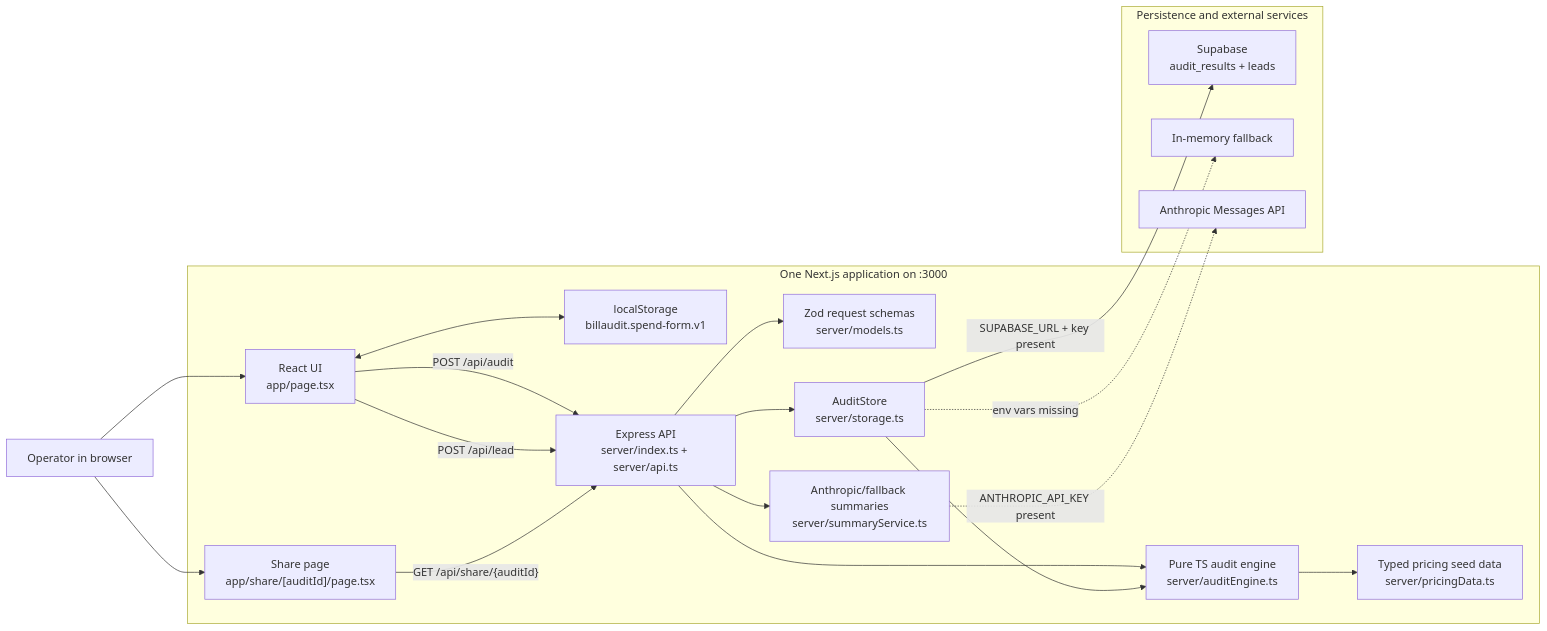
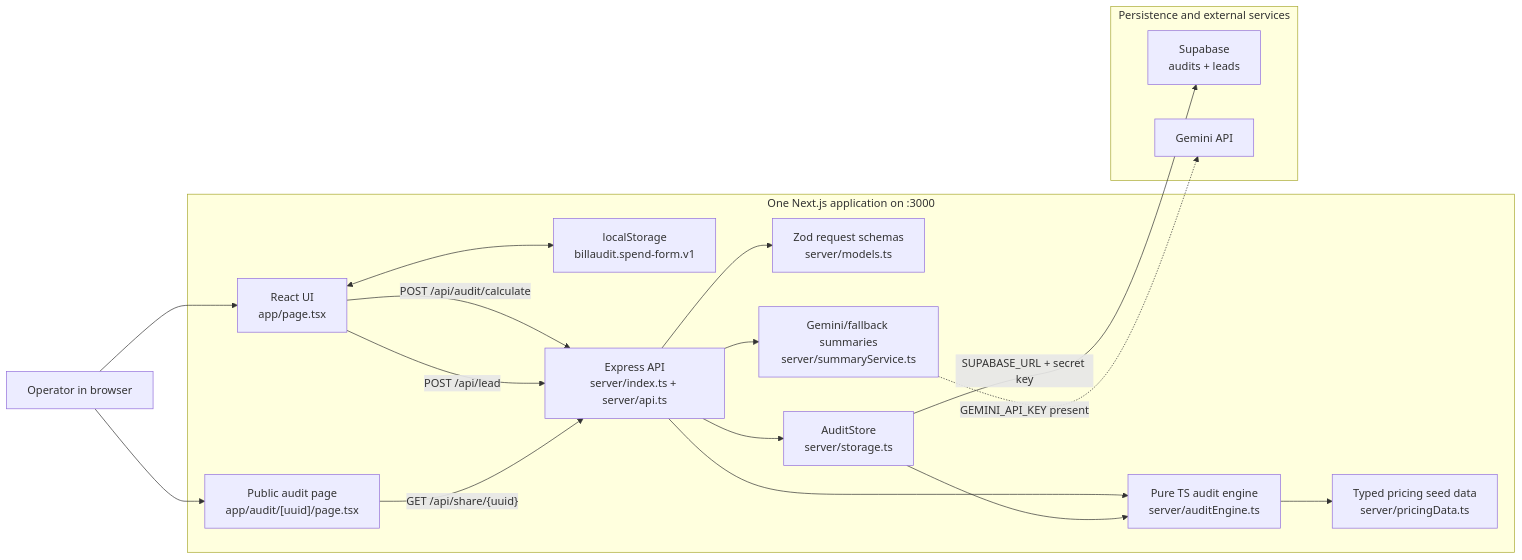
One commit to Feynmunh/BillAudit.ai changed the diagram in docs/ARCHITECTURE.md. Above: the diagram before and after it, drawn with Mermaid. The commit also changed other lines of this file and 25 other files, not shown here.

First line of the commit message:
Add public audit page, OG image, Gemini

````diff
--- a/docs/ARCHITECTURE.md
+++ b/docs/ARCHITECTURE.md
@@ -7,38 +7,36 @@
 ```mermaid
 flowchart LR
     User["Operator in browser"]
 
     subgraph App["One Next.js application on :3000"]
         ReactUI["React UI<br/>app/page.tsx"]
-        ShareUI["Share page<br/>app/share/[auditId]/page.tsx"]
+        ShareUI["Public audit page<br/>app/audit/[uuid]/page.tsx"]
         LocalDraft["localStorage<br/>billaudit.spend-form.v1"]
         Express["Express API<br/>server/index.ts + server/api.ts"]
         Engine["Pure TS audit engine<br/>server/auditEngine.ts"]
         Pricing["Typed pricing seed data<br/>server/pricingData.ts"]
         Schemas["Zod request schemas<br/>server/models.ts"]
-        Summary["Anthropic/fallback summaries<br/>server/summaryService.ts"]
+        Summary["Gemini/fallback summaries<br/>server/summaryService.ts"]
         Store["AuditStore<br/>server/storage.ts"]
     end
 
     subgraph Data["Persistence and external services"]
-        Supabase["Supabase<br/>audit_results + leads"]
-        Memory["In-memory fallback"]
-        Anthropic["Anthropic Messages API"]
+        Supabase["Supabase<br/>audits + leads"]
+        Gemini["Gemini API"]
     end
 
     User --> ReactUI
     User --> ShareUI
     ReactUI <--> LocalDraft
-    ReactUI -- "POST /api/audit" --> Express
+    ReactUI -- "POST /api/audit/calculate" --> Express
     ReactUI -- "POST /api/lead" --> Express
-    ShareUI -- "GET /api/share/{auditId}" --> Express
+    ShareUI -- "GET /api/share/{uuid}" --> Express
     Express --> Schemas
     Express --> Engine
     Engine --> Pricing
     Express --> Summary
-    Summary -. "ANTHROPIC_API_KEY present" .-> Anthropic
+    Summary -. "GEMINI_API_KEY present" .-> Gemini
     Express --> Store
-    Store -- "SUPABASE_URL + key present" --> Supabase
-    Store -. "env vars missing" .-> Memory
+    Store -- "SUPABASE_URL + secret key" --> Supabase
     Store --> Engine
 ```
````
